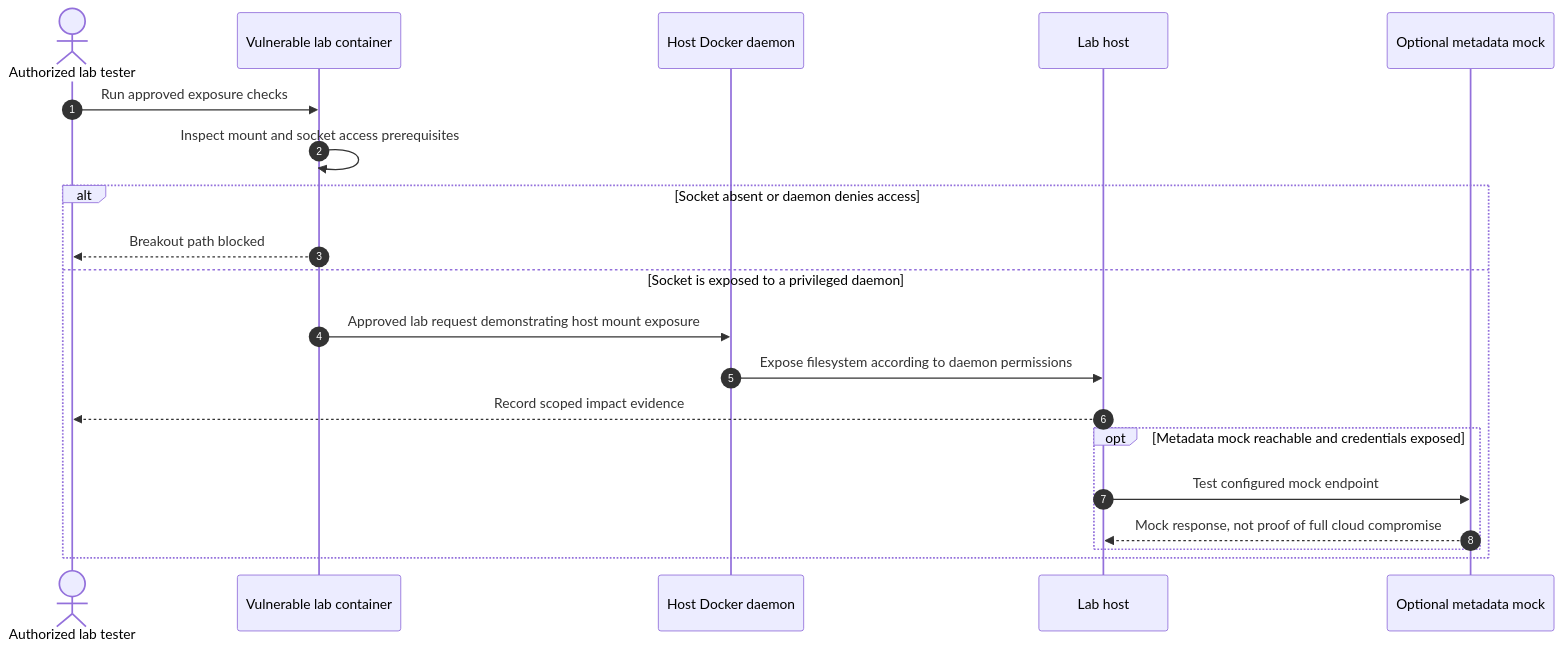
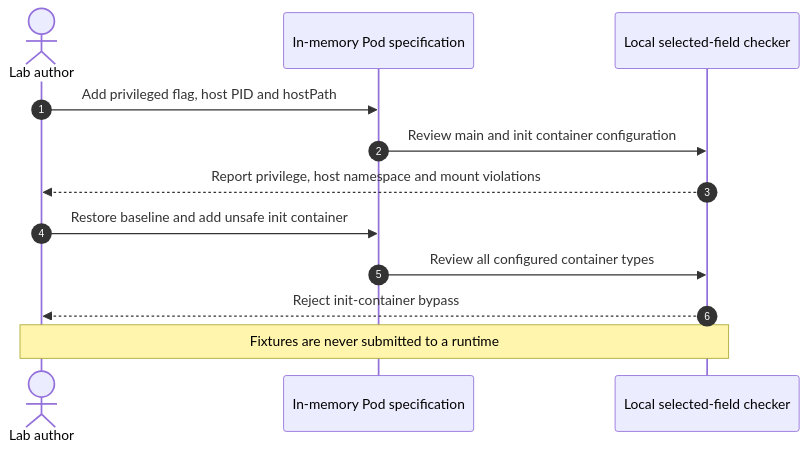
One commit to CloudSecCorner/cloudseccorner.github.io changed the third of 4 diagrams in priv/static/labs/ethical-hacker-easy-way.md. Above: the diagram before and after it, drawn with Mermaid. The commit also changed other lines of this file and 63 other files, not shown here.

````diff
--- a/priv/static/labs/ethical-hacker-easy-way.md
+++ b/priv/static/labs/ethical-hacker-easy-way.md
@@ -51,22 +54,14 @@
 ```mermaid
 sequenceDiagram
       autonumber
-      actor Tester as Authorized lab tester
-      participant Container as Vulnerable lab container
-      participant Daemon as Host Docker daemon
-      participant Host as Lab host
-      participant Metadata as Optional metadata mock
-      Tester->>Container: Run approved exposure checks
-      Container->>Container: Inspect mount and socket access prerequisites
-      alt Socket absent or daemon denies access
-        Container-->>Tester: Breakout path blocked
-      else Socket is exposed to a privileged daemon
-        Container->>Daemon: Approved lab request demonstrating host mount exposure
-        Daemon->>Host: Expose filesystem according to daemon permissions
-        Host-->>Tester: Record scoped impact evidence
-        opt Metadata mock reachable and credentials exposed
-          Host->>Metadata: Test configured mock endpoint
-          Metadata-->>Host: Mock response, not proof of full cloud compromise
-        end
-      end
+      actor Tester as Lab author
+      participant Fixture as In-memory Pod specification
+      participant Policy as Local selected-field checker
+      Tester->>Fixture: Add privileged flag, host PID and hostPath
+      Fixture->>Policy: Review main and init container configuration
+      Policy-->>Tester: Report privilege, host namespace and mount violations
+      Tester->>Fixture: Restore baseline and add unsafe init container
+      Fixture->>Policy: Review all configured container types
+      Policy-->>Tester: Reject init-container bypass
+      Note over Tester,Policy: Fixtures are never submitted to a runtime
 ```
````
